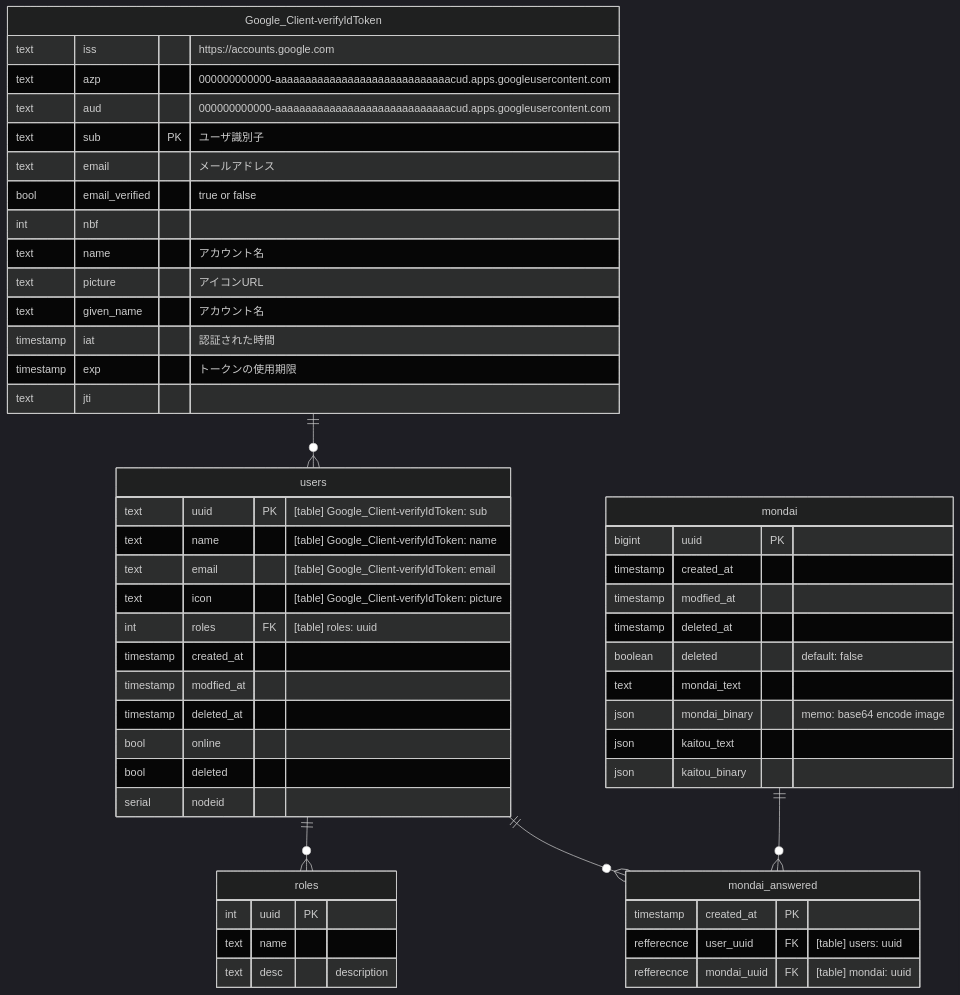
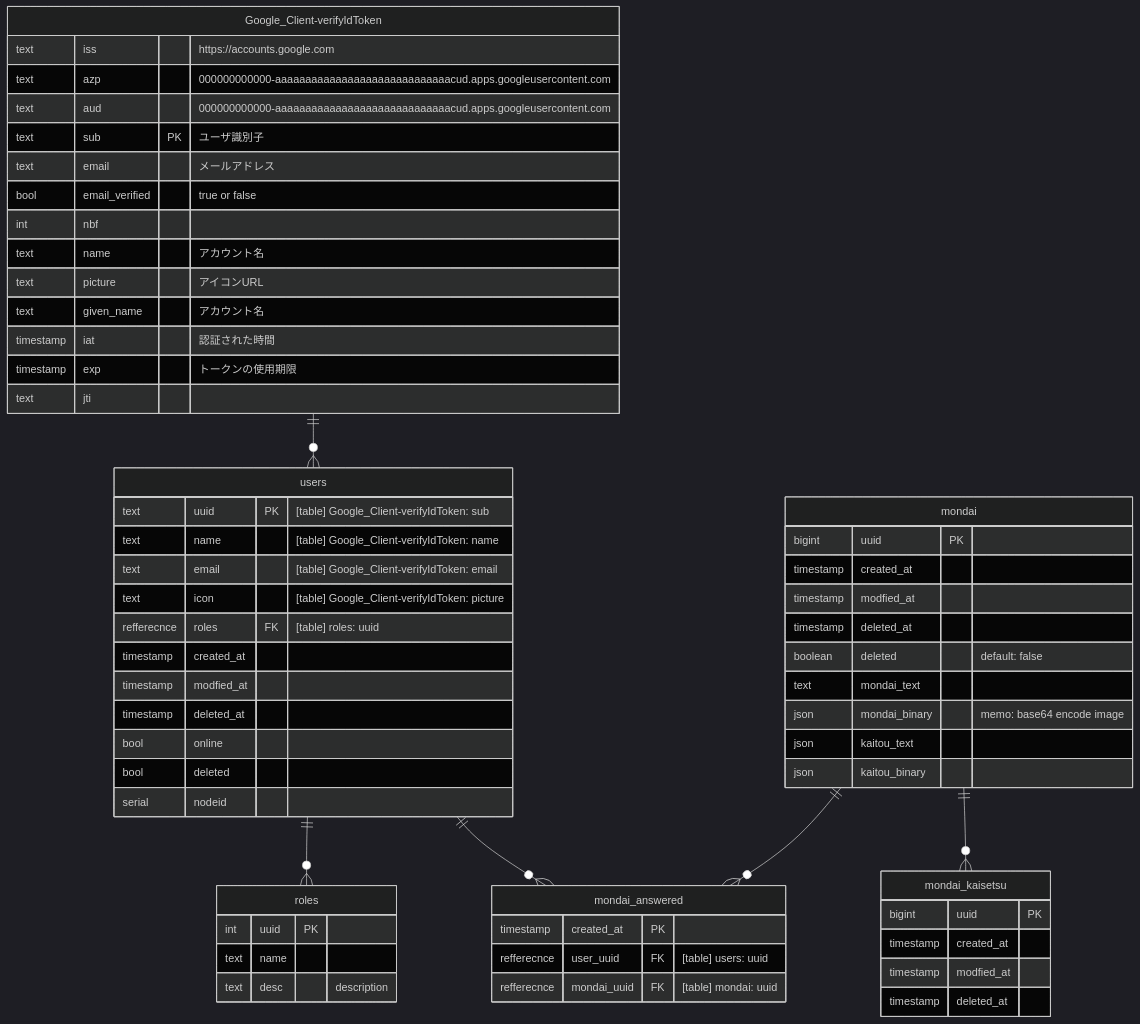
Before and after one commit to n138-kz/denkou-kakomon-dotcom: the diagram in README.md, drawn with Mermaid (dark theme).

````diff
--- a/README.md
+++ b/README.md
@@ -26,61 +26,69 @@
 ```mermaid
 erDiagram
 Google_Client-verifyIdToken ||--o{ users: ""
 users ||--o{ roles: "" 
 mondai ||--o{ mondai_answered: "" 
 users ||--o{ mondai_answered: "" 
+mondai ||--o{ mondai_kaisetsu: "" 
 
 Google_Client-verifyIdToken {
     text iss "https://accounts.google.com"
     text azp "000000000000-aaaaaaaaaaaaaaaaaaaaaaaaaaaaacud.apps.googleusercontent.com"
     text aud "000000000000-aaaaaaaaaaaaaaaaaaaaaaaaaaaaacud.apps.googleusercontent.com"
     text sub PK "ユーザ識別子"
     text email "メールアドレス"
     bool email_verified "true or false"
     int nbf
     text name "アカウント名"
     text picture "アイコンURL"
     text given_name "アカウント名"
     timestamp iat "認証された時間"
     timestamp exp "トークンの使用期限"
     text jti
 }
 
 users {
     text uuid PK "[table] Google_Client-verifyIdToken: sub"
     text name "[table] Google_Client-verifyIdToken: name"
     text email "[table] Google_Client-verifyIdToken: email"
     text icon "[table] Google_Client-verifyIdToken: picture"
-    int roles FK "[table] roles: uuid"
+    refferecnce roles FK "[table] roles: uuid"
     timestamp created_at
     timestamp modfied_at
     timestamp deleted_at
     bool online
     bool deleted 
     serial nodeid
 }
 
 roles {
     int uuid PK
     text name
     text desc "description"
 }
 
 mondai {
     bigint uuid PK
     timestamp created_at
     timestamp modfied_at
     timestamp deleted_at
     boolean deleted "default: false"
     text mondai_text
     json mondai_binary "memo: base64 encode image"
     json kaitou_text
     json kaitou_binary
 }
 
 mondai_answered {
     timestamp created_at PK
     refferecnce user_uuid FK "[table] users: uuid"
     refferecnce mondai_uuid FK "[table] mondai: uuid"
 }
+
+mondai_kaisetsu {
+    bigint uuid PK
+    timestamp created_at
+    timestamp modfied_at
+    timestamp deleted_at
+}
 ```
````
